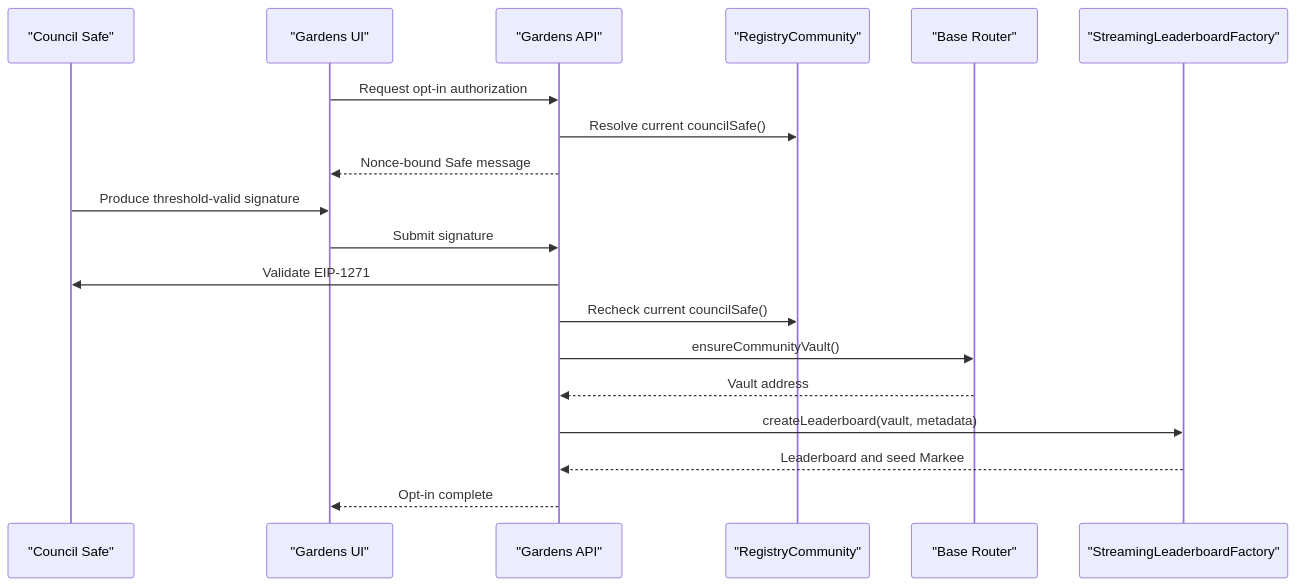
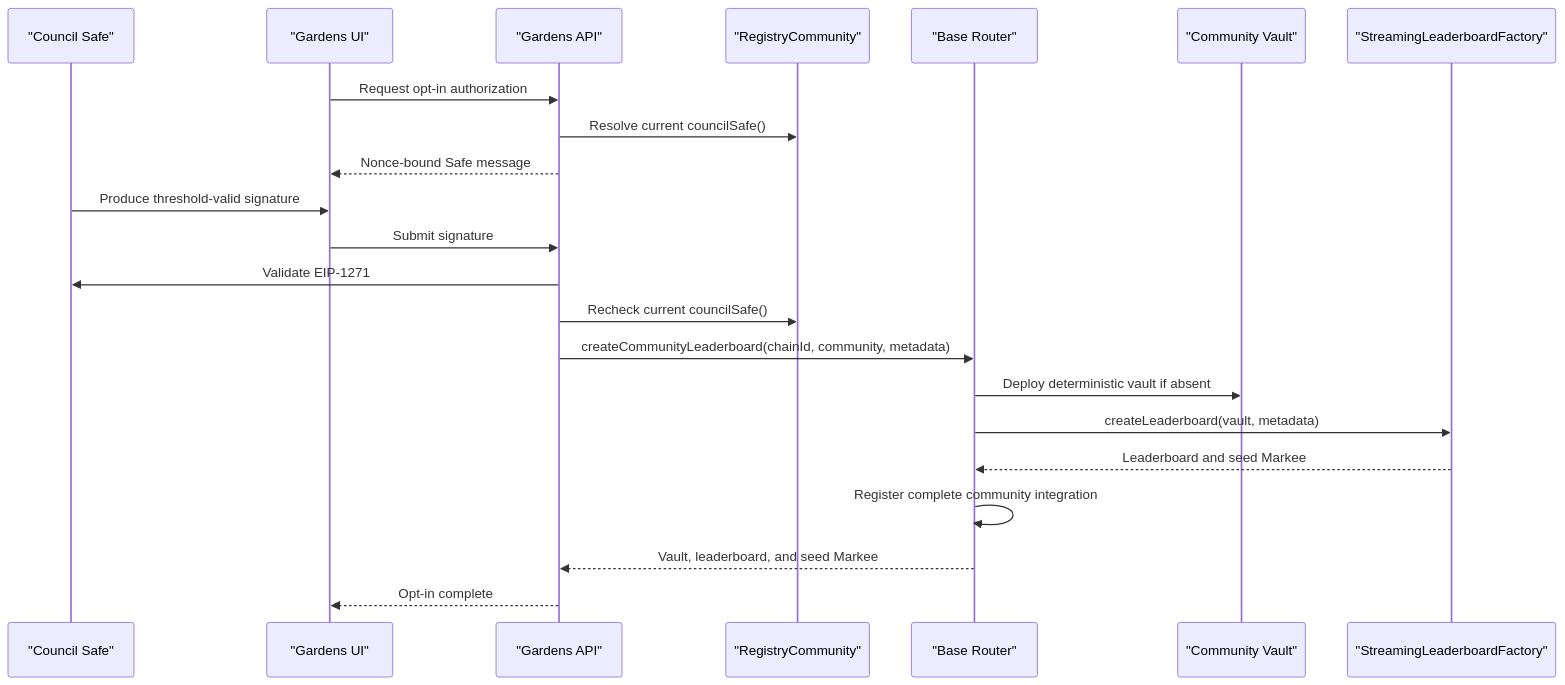
The second of 4 diagrams in plans/MARKEE_INTEGRATION_PLAN.md (1Hive/gardens-v2), drawn with Mermaid before and after one commit. The commit also changed other lines of this file, not shown here.

Commit message:
Update Markee router integration plan

````diff
--- a/plans/MARKEE_INTEGRATION_PLAN.md
+++ b/plans/MARKEE_INTEGRATION_PLAN.md
@@ -116,22 +126,25 @@
 ```mermaid
 sequenceDiagram
     participant Safe as "Council Safe"
     participant UI as "Gardens UI"
     participant API as "Gardens API"
     participant Registry as "RegistryCommunity"
     participant Router as "Base Router"
+    participant Vault as "Community Vault"
     participant Factory as "StreamingLeaderboardFactory"
 
     UI->>API: Request opt-in authorization
     API->>Registry: Resolve current councilSafe()
     API-->>UI: Nonce-bound Safe message
     Safe->>UI: Produce threshold-valid signature
     UI->>API: Submit signature
     API->>Safe: Validate EIP-1271
     API->>Registry: Recheck current councilSafe()
-    API->>Router: ensureCommunityVault()
-    Router-->>API: Vault address
-    API->>Factory: createLeaderboard(vault, metadata)
-    Factory-->>API: Leaderboard and seed Markee
+    API->>Router: createCommunityLeaderboard(chainId, community, metadata)
+    Router->>Vault: Deploy deterministic vault if absent
+    Router->>Factory: createLeaderboard(vault, metadata)
+    Factory-->>Router: Leaderboard and seed Markee
+    Router->>Router: Register complete community integration
+    Router-->>API: Vault, leaderboard, and seed Markee
     API-->>UI: Opt-in complete
 ```
````
